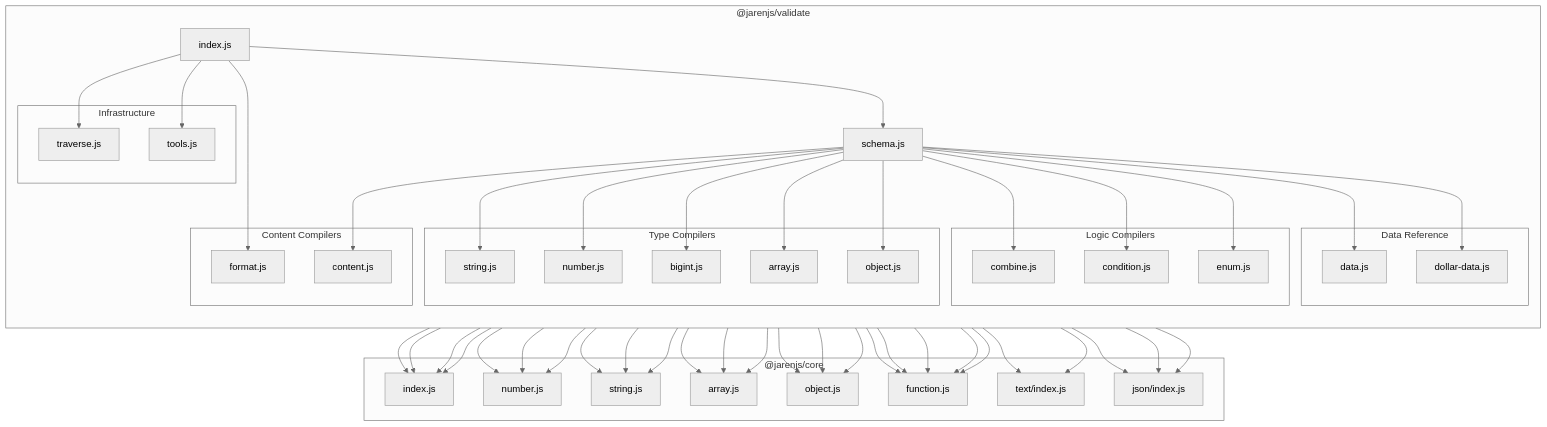
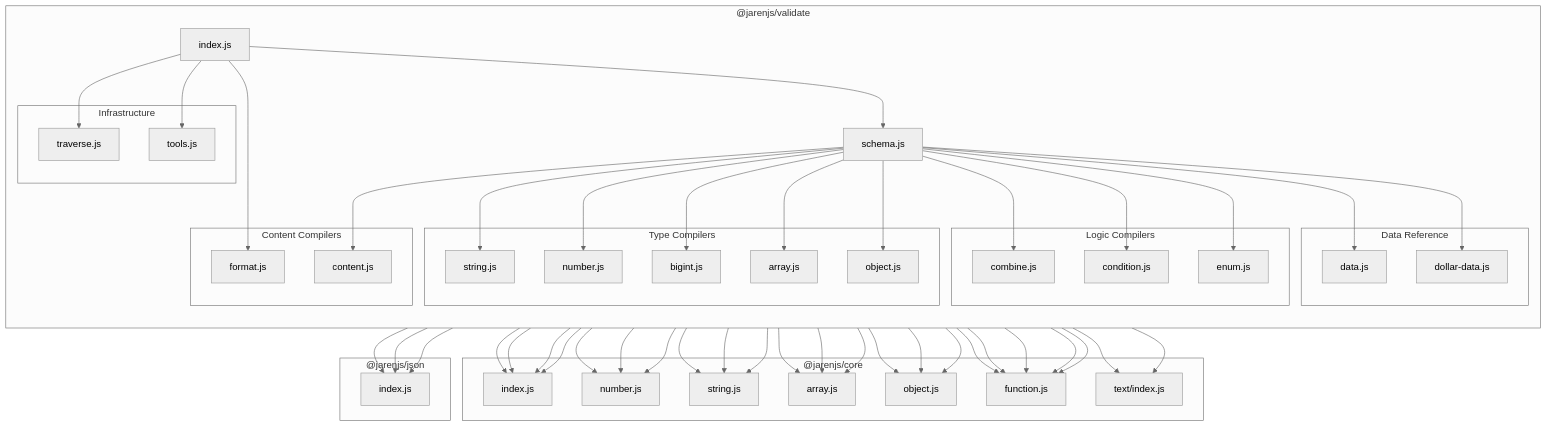
One commit to jklarenbeek/jarenjs changed diagram 15 of 17 in packages/validate/ARCHITECTURE.md. Above: the diagram before and after it, drawn with Mermaid (neutral theme). The commit also changed other lines of this file and 24 other files, not shown here.

Commit message:
And moved the rest of the @jarenjs/json package there as well.

````diff
--- a/packages/validate/ARCHITECTURE.md
+++ b/packages/validate/ARCHITECTURE.md
@@ -694,65 +694,68 @@
 ```mermaid
 flowchart TB
     subgraph "@jarenjs/validate"
         direction TB
         INDEX[index.js]
         SCHEMA[schema.js]
 
         subgraph "Type Compilers"
             STR[string.js]
             NUM[number.js]
             BINT[bigint.js]
             ARR[array.js]
             OBJ[object.js]
         end
 
         subgraph "Logic Compilers"
             COMB[combine.js]
             COND[condition.js]
             ENUM[enum.js]
         end
 
         subgraph "Content Compilers"
             FMT[format.js]
             CONT[content.js]
         end
 
         subgraph "Data Reference"
             DATA[data.js]
             DDLR[dollar-data.js]
         end
 
         subgraph "Infrastructure"
             TRAV[traverse.js]
             TOOLS[tools.js]
         end
     end
 
     subgraph "@jarenjs/core"
         CORE[index.js]
         CORE_NUM[number.js]
         CORE_STR[string.js]
         CORE_ARR[array.js]
         CORE_OBJ[object.js]
         CORE_FN[function.js]
         CORE_TXT[text/index.js]
-        CORE_JSON[json/index.js]
+    end
+
+    subgraph "@jarenjs/json"
+        CORE_JSON[index.js]
     end
 
     INDEX --> SCHEMA & TRAV & TOOLS & FMT
     SCHEMA --> STR & NUM & BINT & ARR & OBJ & COMB & COND & ENUM & CONT & DATA & DDLR
 
     INDEX --> CORE
     SCHEMA --> CORE
     STR --> CORE_STR & CORE_FN
     NUM --> CORE_NUM & CORE_FN
     BINT --> CORE_NUM & CORE_FN
     ARR --> CORE_ARR & CORE_OBJ & CORE_FN
     OBJ --> CORE_OBJ & CORE_ARR & CORE_FN
     ENUM --> CORE_OBJ
     CONT --> CORE_TXT & CORE_JSON
     DATA --> CORE_JSON
     DDLR --> CORE_JSON
     TOOLS --> CORE & CORE_STR & CORE_ARR
     TRAV --> CORE & CORE_NUM & CORE_STR & CORE_TXT
 ```
````
